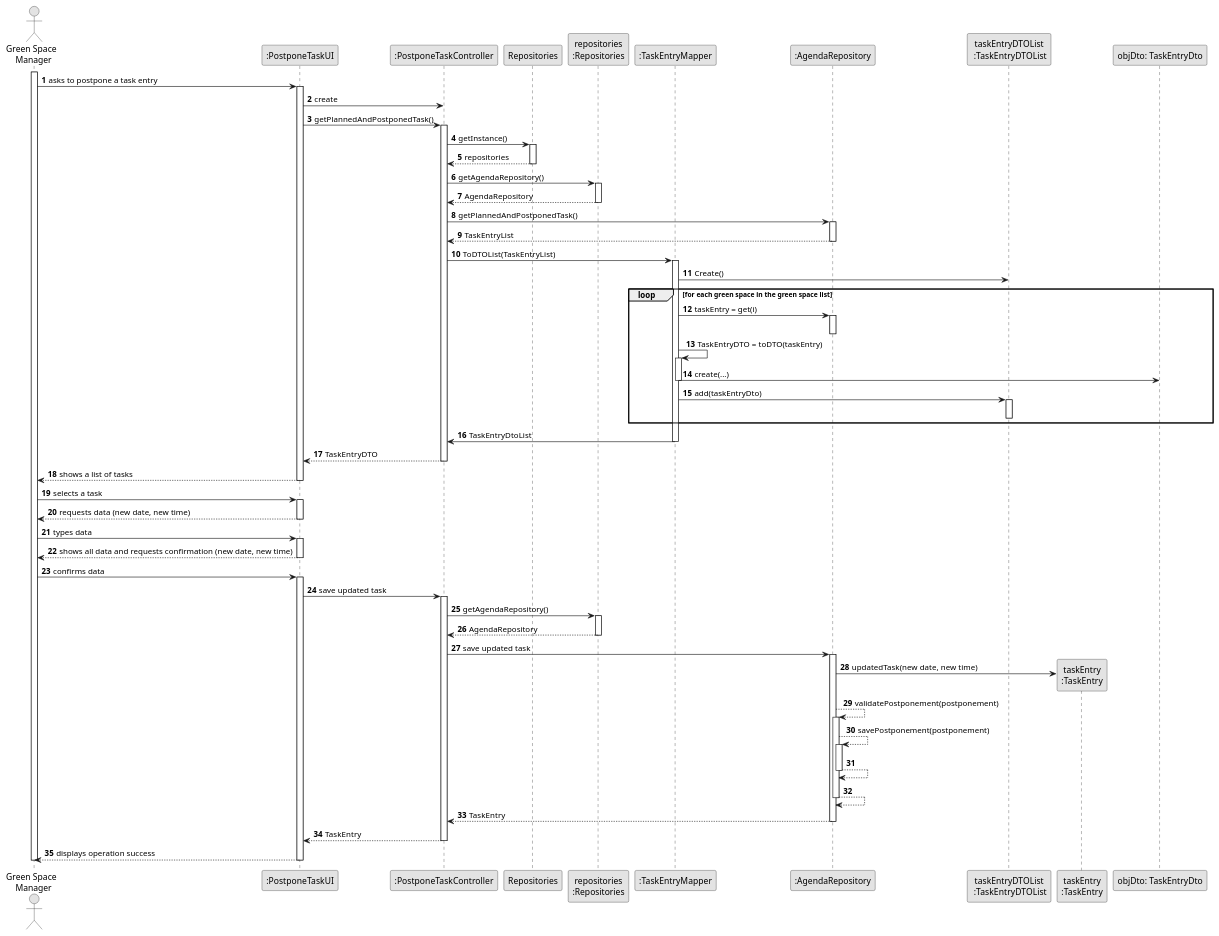
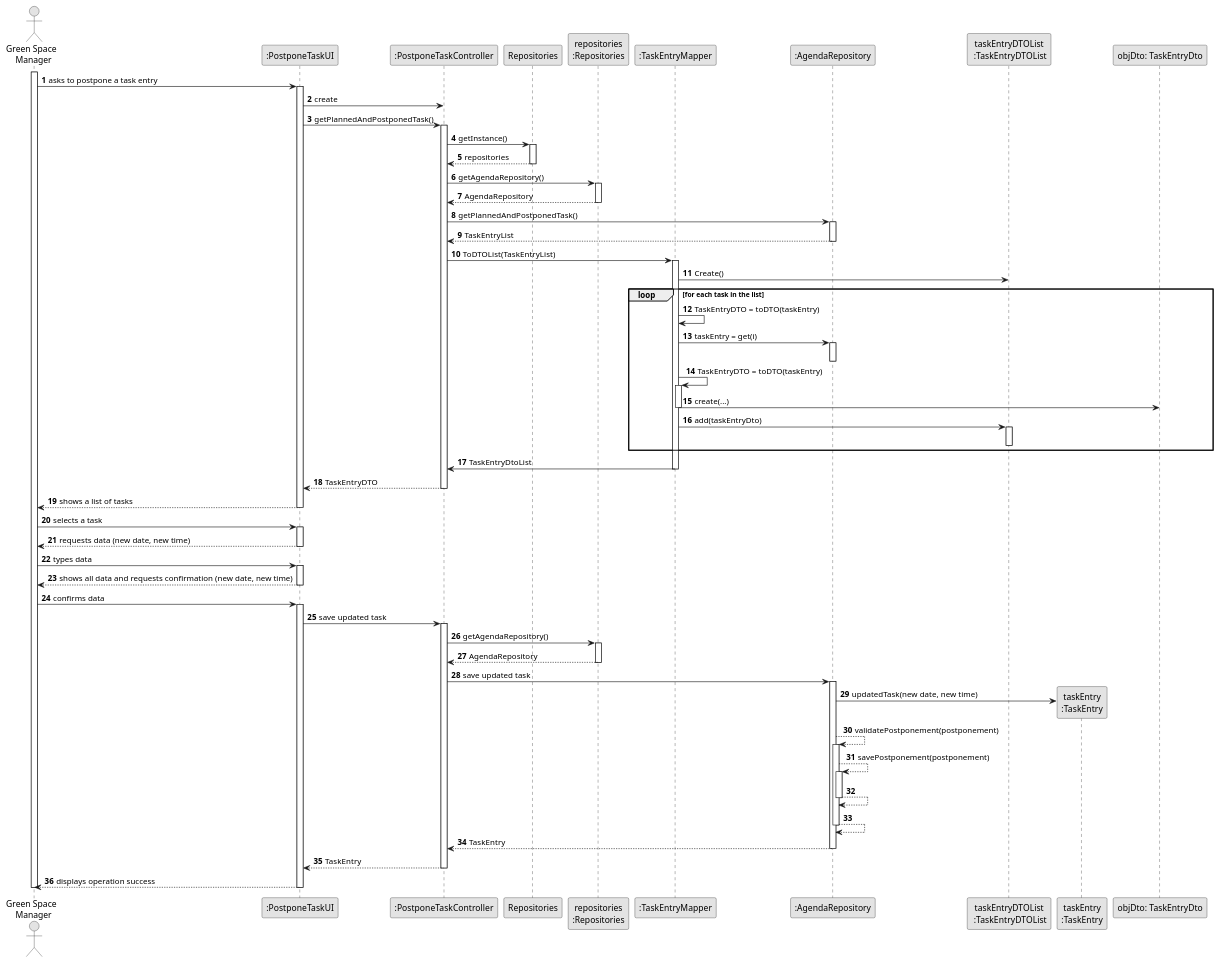
The diagram in docs/sprintC/us024/03.design/puml/us024-sequence-diagram-full.puml (Departamento-de-Engenharia-Informatica/lei-24-s2-1dkl-g134), drawn with PlantUML before and after one commit. The commit also changed 2 other files, not shown here.

```diff
--- a/docs/sprintC/us024/03.design/puml/us024-sequence-diagram-full.puml
+++ b/docs/sprintC/us024/03.design/puml/us024-sequence-diagram-full.puml
@@ -1,117 +1,118 @@
 @startuml
 skinparam monochrome true
 skinparam packageStyle rectangle
 skinparam shadowing false
 
 autonumber
 
 'hide footbox
 actor "Green Space \n Manager" as ADM
 participant ":PostponeTaskUI" as UI
 participant ":PostponeTaskController" as CTRL
 participant "Repositories" as RepositorySingleton
 participant "repositories\n:Repositories" as PLAT
 participant ":TaskEntryMapper" as MAP
 participant ":AgendaRepository" as URG
 participant "taskEntryDTOList\n :TaskEntryDTOList" as DTO
 
 participant "taskEntry\n:TaskEntry" as TASK
 participant "objDto: TaskEntryDto" as GDTO
 
 
 activate ADM
 
     ADM -> UI : asks to postpone a task entry
     activate UI
         UI -> CTRL : create
         UI -> CTRL : getPlannedAndPostponedTask()
         activate CTRL
 
             CTRL -> RepositorySingleton : getInstance()
             activate RepositorySingleton
 
                 RepositorySingleton --> CTRL : repositories
             deactivate RepositorySingleton
 
             CTRL -> PLAT : getAgendaRepository()
             activate PLAT
 
                 PLAT --> CTRL : AgendaRepository
             deactivate PLAT
 
             CTRL -> URG : getPlannedAndPostponedTask()
             activate URG
 
                 URG --> CTRL : TaskEntryList
             deactivate URG
 
             CTRL -> MAP : ToDTOList(TaskEntryList)
             activate MAP
                 MAP -> DTO: Create()
-                loop for each green space in the green space list
+                loop for each task in the list
+                    MAP -> MAP: TaskEntryDTO = toDTO(taskEntry)
                 MAP -> URG: taskEntry = get(i)
                 activate URG
                 deactivate URG
                 MAP -> MAP: TaskEntryDTO = toDTO(taskEntry)
                 activate MAP
                 MAP -> GDTO: create(...)
                 deactivate MAP
                 MAP -> DTO: add(taskEntryDto)
 
                 activate DTO
                 deactivate DTO
                 end
                 MAP -> CTRL: TaskEntryDtoList
             deactivate MAP
 
             CTRL --> UI : TaskEntryDTO
         deactivate CTRL
 
         UI --> ADM : shows a list of tasks
     deactivate UI
 ADM -> UI : selects a task
     activate UI
 
         UI --> ADM : requests data (new date, new time)
     deactivate UI
 
     ADM -> UI : types data
     activate UI
 
         UI --> ADM : shows all data and requests confirmation (new date, new time)
     deactivate UI
 
     ADM -> UI : confirms data
     activate UI
      UI -> CTRL : save updated task
             activate CTRL
 
                 CTRL -> PLAT : getAgendaRepository()
                 activate PLAT
 
                     PLAT --> CTRL : AgendaRepository
                 deactivate PLAT
 
                 CTRL -> URG : save updated task
 
                 activate URG
 
                            URG -> TASK** : updatedTask(new date, new time)
                            URG --> URG : validatePostponement(postponement)
                            activate URG
                            URG --> URG : savePostponement(postponement)
                            activate URG
                            URG --> URG
                            deactivate URG
                            URG --> URG
                            deactivate URG
                            URG --> CTRL : TaskEntry
                            deactivate URG
         CTRL --> UI : TaskEntry
             deactivate CTRL
 
                 UI --> ADM : displays operation success
             deactivate UI
         deactivate ADM
 
 @enduml
```
